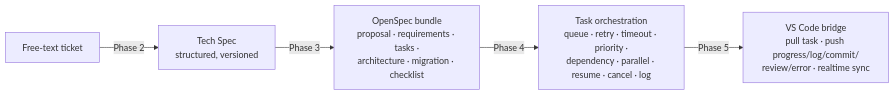
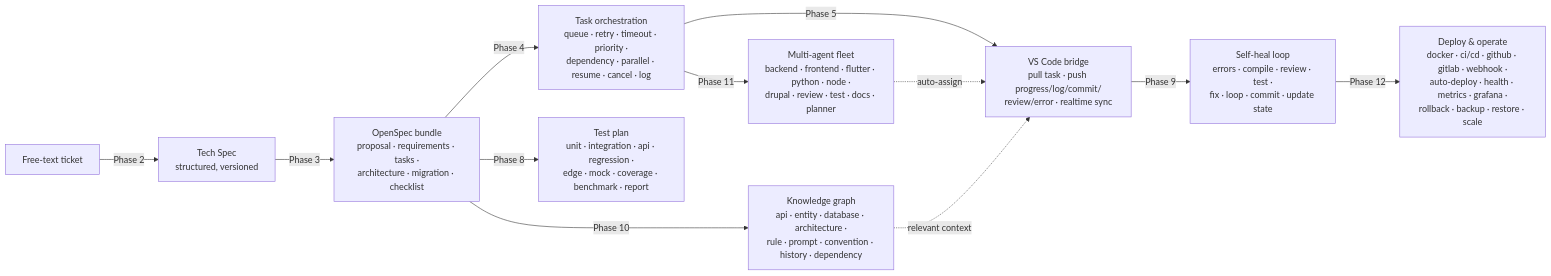
Before and after one commit to thailand401/tata_tickets: the diagram in specs/README.md, drawn with Mermaid. The commit also changed other lines of this file and 116 other files, not shown here.

````diff
--- a/specs/README.md
+++ b/specs/README.md
@@ -10,7 +10,14 @@
 ```mermaid
 flowchart LR
     A[Free-text ticket] -->|Phase 2| B[Tech Spec<br/>structured, versioned]
     B -->|Phase 3| C[OpenSpec bundle<br/>proposal · requirements · tasks ·<br/>architecture · migration · checklist]
     C -->|Phase 4| D[Task orchestration<br/>queue · retry · timeout · priority ·<br/>dependency · parallel · resume · cancel · log]
     D -->|Phase 5| E[VS Code bridge<br/>pull task · push progress/log/commit/<br/>review/error · realtime sync]
+    C -->|Phase 8| T[Test plan<br/>unit · integration · api · regression ·<br/>edge · mock · coverage · benchmark · report]
+    E -->|Phase 9| H[Self-heal loop<br/>errors · compile · review · test ·<br/>fix · loop · commit · update state]
+    C -->|Phase 10| K[Knowledge graph<br/>api · entity · database · architecture ·<br/>rule · prompt · convention · history · dependency]
+    K -.relevant context.-> E
+    D -->|Phase 11| M[Multi-agent fleet<br/>backend · frontend · flutter · python · node ·<br/>drupal · review · test · docs · planner]
+    M -.auto-assign.-> E
+    H -->|Phase 12| OP[Deploy & operate<br/>docker · ci/cd · github · gitlab · webhook ·<br/>auto-deploy · health · metrics · grafana ·<br/>rollback · backup · restore · scale]
 ```
````
